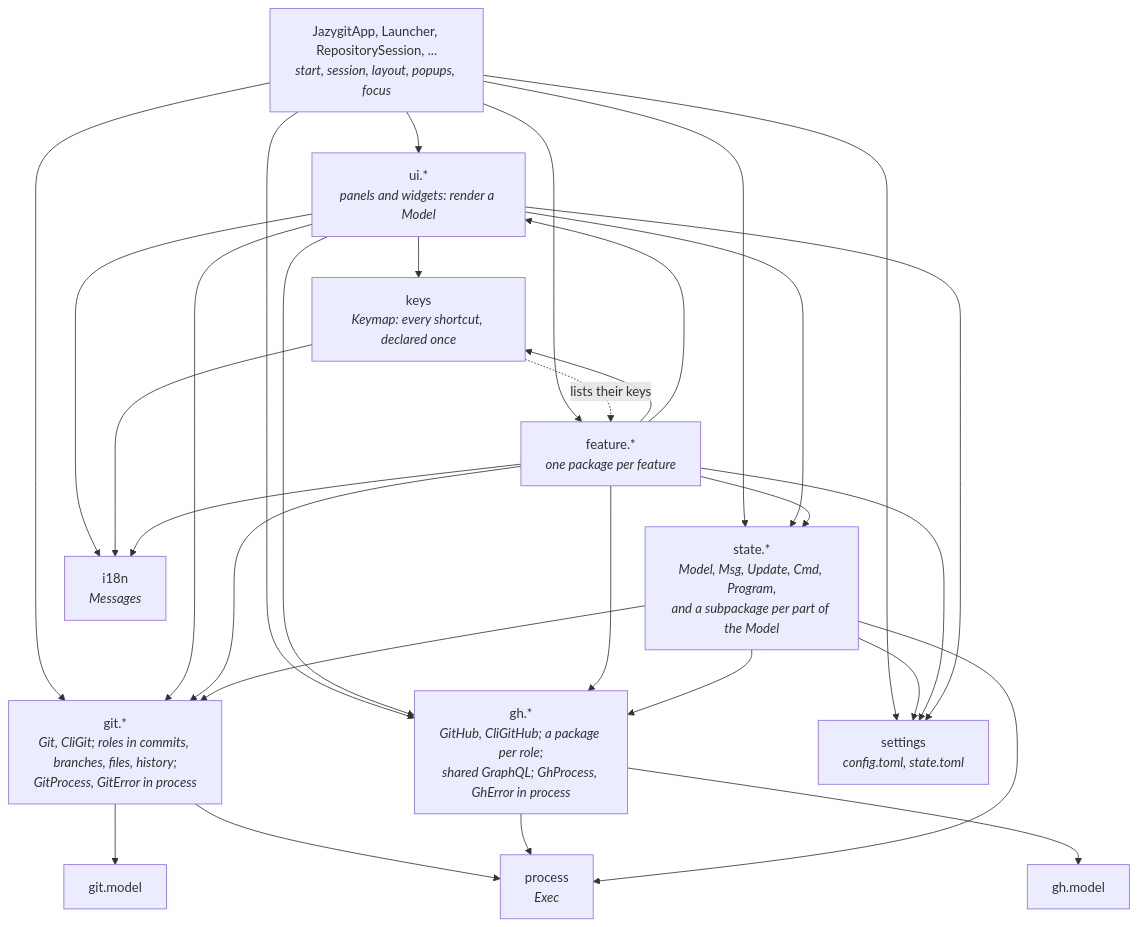
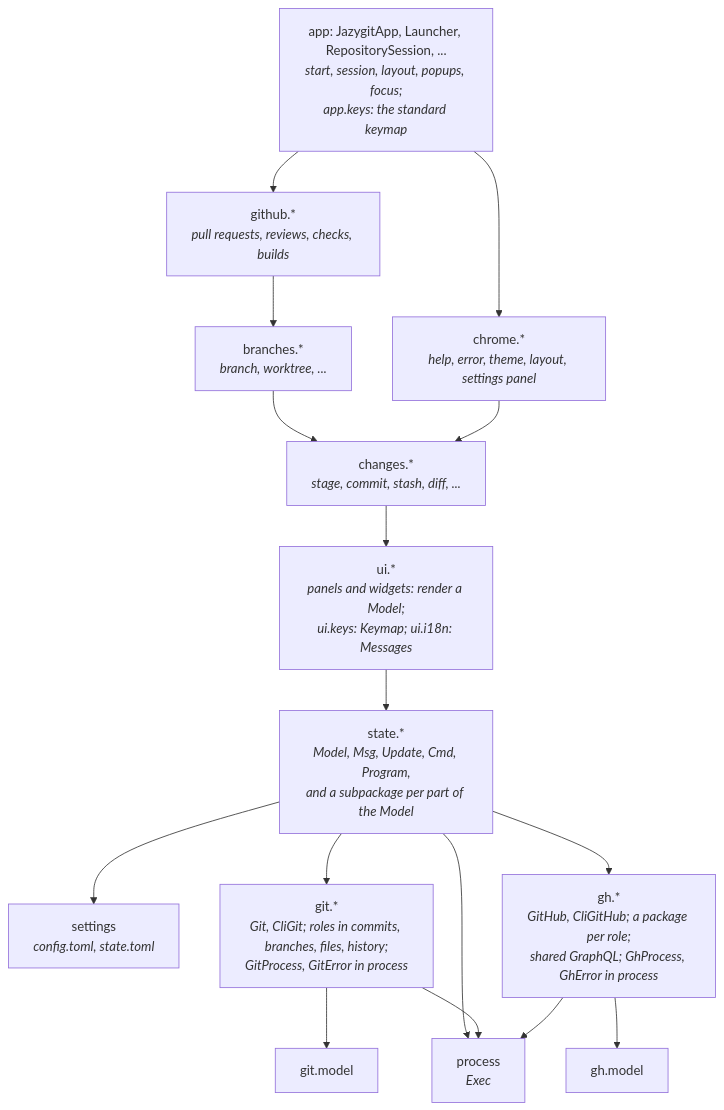
Before and after one commit to cvanfleteren/jazygit: the first of 4 diagrams in ARCHITECTURE.md, drawn with Mermaid. The commit also changed other lines of this file and 10 other files, not shown here.

Commit message:
ARCHITECTURE.md, agents.md, flake.nix, run.sh and the benchmarks know the modules

````diff
--- a/ARCHITECTURE.md
+++ b/ARCHITECTURE.md
@@ -40,45 +57,32 @@
 ```mermaid
 graph TD
-    App["JazygitApp, Launcher, RepositorySession, ...<br/><i>start, session, layout, popups, focus</i>"]
-    UI["ui.*<br/><i>panels and widgets: render a Model</i>"]
-    Keys["keys<br/><i>Keymap: every shortcut, declared once</i>"]
-    Feature["feature.*<br/><i>one package per feature</i>"]
+    App["app: JazygitApp, Launcher, RepositorySession, ...<br/><i>start, session, layout, popups, focus;<br/>app.keys: the standard keymap</i>"]
+    Chrome["chrome.*<br/><i>help, error, theme, layout, settings panel</i>"]
+    Github["github.*<br/><i>pull requests, reviews, checks, builds</i>"]
+    Branches["branches.*<br/><i>branch, worktree, ...</i>"]
+    Changes["changes.*<br/><i>stage, commit, stash, diff, ...</i>"]
+    UI["ui.*<br/><i>panels and widgets: render a Model;<br/>ui.keys: Keymap; ui.i18n: Messages</i>"]
     State["state.*<br/><i>Model, Msg, Update, Cmd, Program,<br/>and a subpackage per part of the Model</i>"]
+    Settings["settings<br/><i>config.toml, state.toml</i>"]
     Git["git.*<br/><i>Git, CliGit; roles in commits, branches, files, history;<br/>GitProcess, GitError in process</i>"]
     GitModel["git.model"]
     Gh["gh.*<br/><i>GitHub, CliGitHub; a package per role;<br/>shared GraphQL; GhProcess, GhError in process</i>"]
     GhModel["gh.model"]
     Process["process<br/><i>Exec</i>"]
-    I18n["i18n<br/><i>Messages</i>"]
-    Settings["settings<br/><i>config.toml, state.toml</i>"]
 
-    App --> UI
-    App --> State
-    App --> Feature
-    App --> Git
-    App --> Gh
-    UI --> Keys
+    App --> Chrome
+    App --> Github
+    Github --> Branches
+    Branches --> Changes
+    Chrome --> Changes
+    Changes --> UI
     UI --> State
-    UI --> Git
-    UI --> Gh
-    Keys -. "lists their keys" .-> Feature
-    Feature --> Keys
-    Feature --> UI
-    Feature --> State
-    Feature --> Git
+    State --> Settings
     State --> Git
+    State --> Gh
+    State --> Process
     Git --> GitModel
-    Feature --> Gh
-    State --> Gh
     Gh --> GhModel
     Git --> Process
     Gh --> Process
-    State --> Process
-    UI --> I18n
-    App --> Settings
-    State --> Settings
-    Feature --> Settings
-    UI --> Settings
-    Keys --> I18n
-    Feature --> I18n
 ```
````
